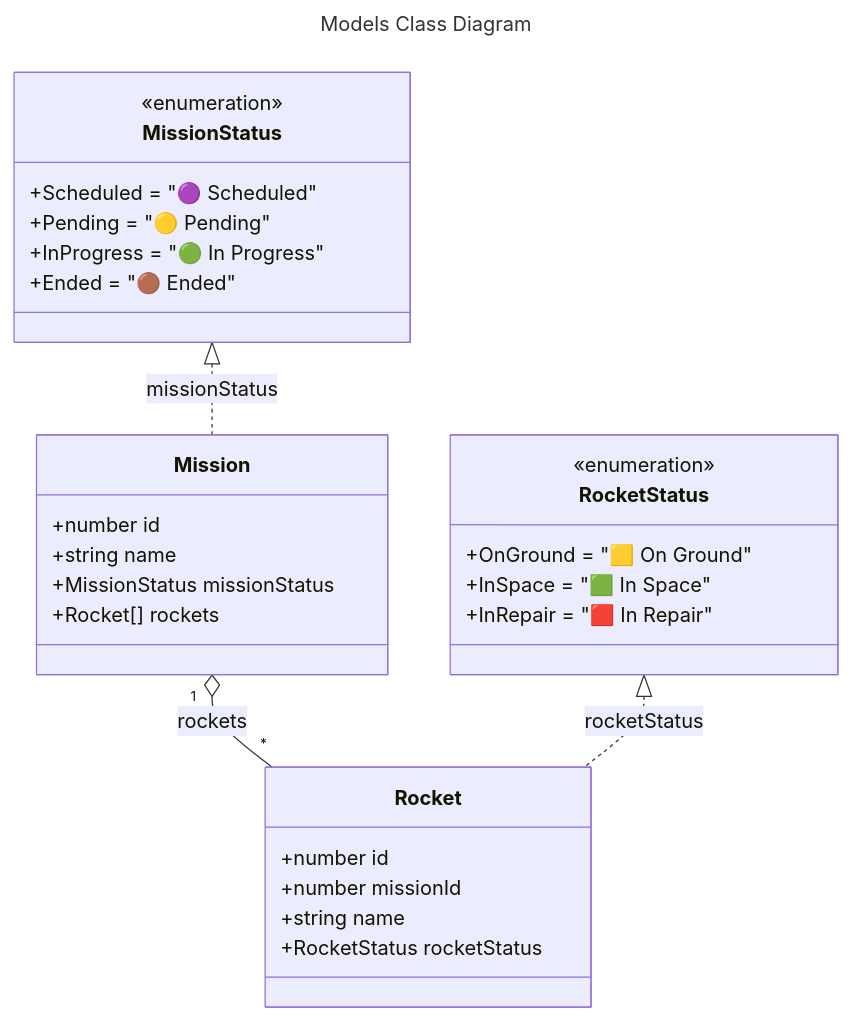
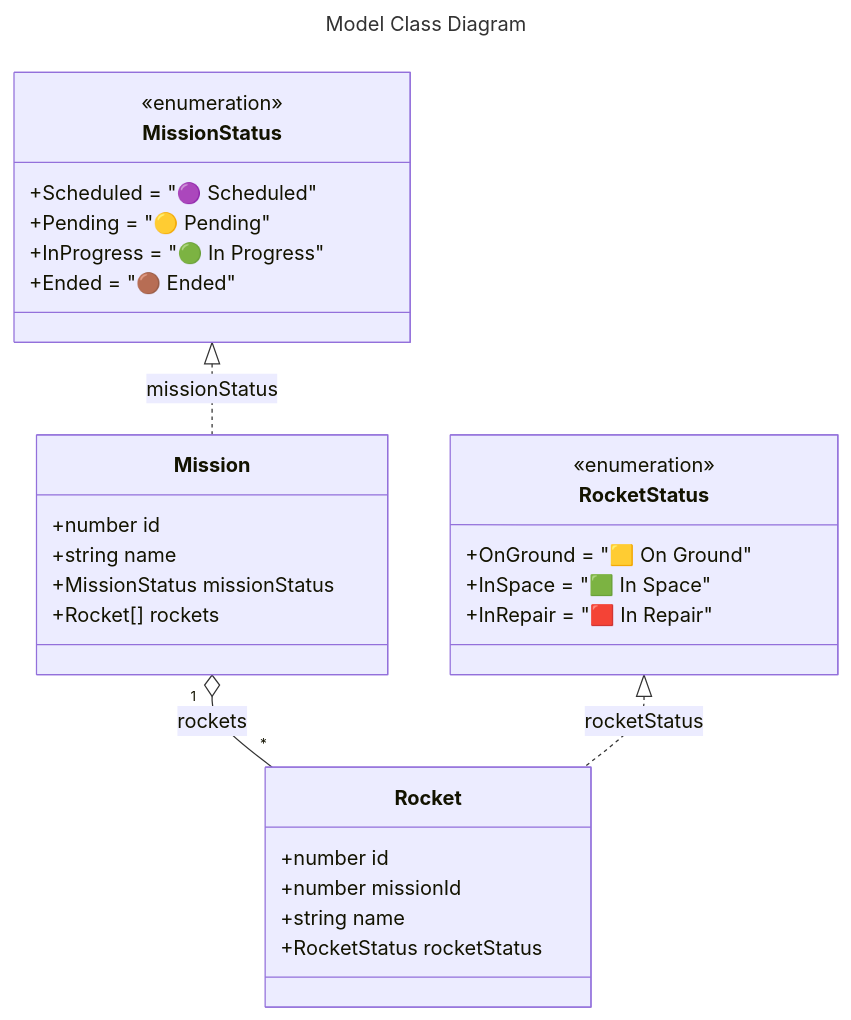
The second of 4 diagrams in docs/README.md (Ee-Cs/RecruitmentTaskS2), drawn with Mermaid before and after one commit. The commit also changed other lines of this file, not shown here.

````diff
--- a/docs/README.md
+++ b/docs/README.md
@@ -49,38 +49,38 @@
 ```mermaid
 ---
-title: Models Class Diagram
+title: Model Class Diagram
 ---
 classDiagram
 class Mission {
   +number id
   +string name
   +MissionStatus missionStatus
   +Rocket[] rockets
 }
 
 class Rocket {
   +number id
   +number missionId
   +string name
   +RocketStatus rocketStatus
 }
 
 class MissionStatus {
   <<enumeration>>
   +Scheduled = "🟣 Scheduled"
   +Pending = "🟡 Pending"
   +InProgress = "🟢 In Progress"
   +Ended = "🟤 Ended"
 }
 
 class RocketStatus {
   <<enumeration>>
   +OnGround = "🟨 On Ground"
   +InSpace = "🟩 In Space"
   +InRepair = "🟥 In Repair"
 }
 
 Mission "1" o-- "*" Rocket : rockets
 MissionStatus <|.. Mission : missionStatus
 RocketStatus <|.. Rocket : rocketStatus
 ```
````
